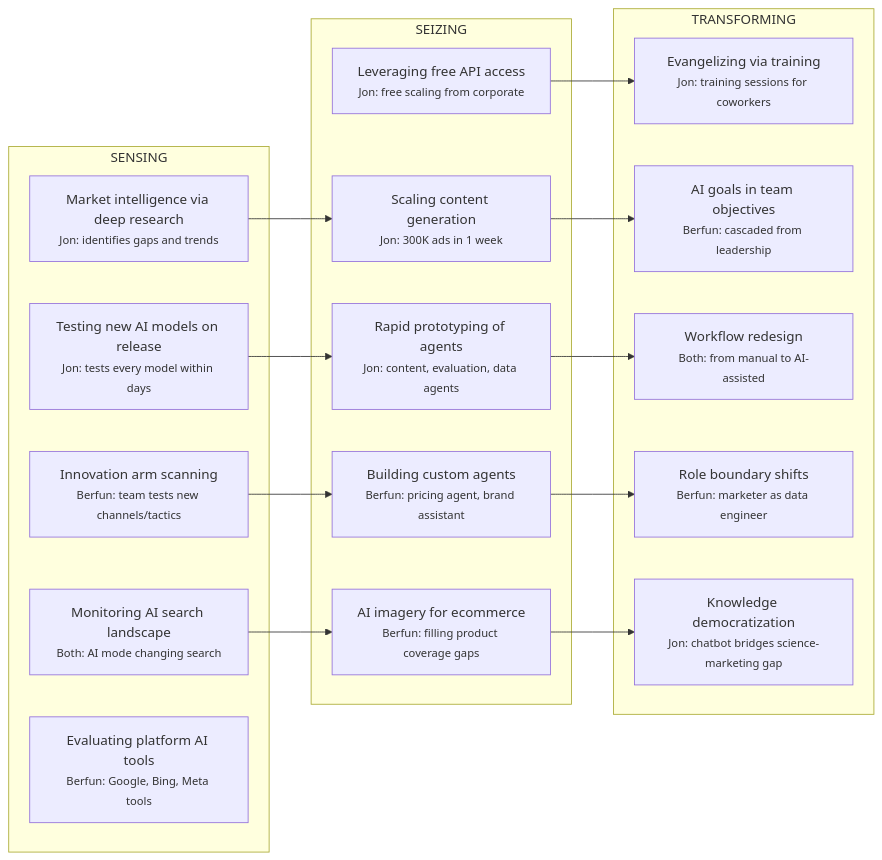
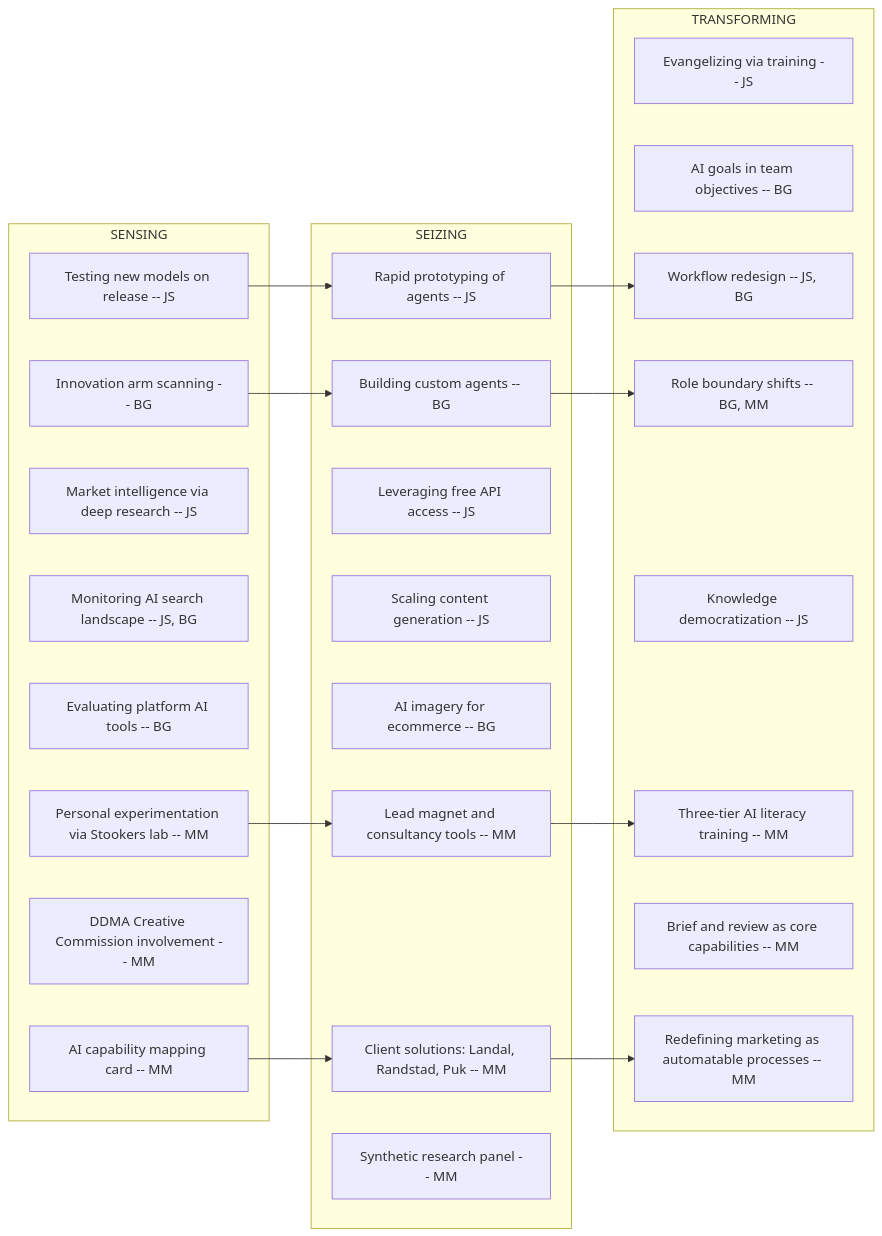
The fourth of 4 diagrams in transcript-codes/Cross-Case Code Alignment.md (Luttik/thesis), drawn with Mermaid before and after one commit. The commit also changed other lines of this file and 3 other files, not shown here.

````diff
--- a/transcript-codes/Cross-Case Code Alignment.md
+++ b/transcript-codes/Cross-Case Code Alignment.md
@@ -226,36 +247,44 @@
 ```mermaid
 graph LR
-    subgraph "SENSING"
-        S1["Testing new AI models on release<br/><small>Jon: tests every model within days</small>"]
-        S2["Innovation arm scanning<br/><small>Berfun: team tests new channels/tactics</small>"]
-        S3["Market intelligence via deep research<br/><small>Jon: identifies gaps and trends</small>"]
-        S4["Monitoring AI search landscape<br/><small>Both: AI mode changing search</small>"]
-        S5["Evaluating platform AI tools<br/><small>Berfun: Google, Bing, Meta tools</small>"]
+    subgraph sensing [SENSING]
+        S1["Testing new models on release -- JS"]
+        S2["Innovation arm scanning -- BG"]
+        S3["Market intelligence via deep research -- JS"]
+        S4["Monitoring AI search landscape -- JS, BG"]
+        S5["Evaluating platform AI tools -- BG"]
+        S6["AI capability mapping card -- MM"]
+        S7["DDMA Creative Commission involvement -- MM"]
+        S8["Personal experimentation via Stookers lab -- MM"]
     end
 
-    subgraph "SEIZING"
-        Z1["Rapid prototyping of agents<br/><small>Jon: content, evaluation, data agents</small>"]
-        Z2["Building custom agents<br/><small>Berfun: pricing agent, brand assistant</small>"]
-        Z3["Leveraging free API access<br/><small>Jon: free scaling from corporate</small>"]
-        Z4["Scaling content generation<br/><small>Jon: 300K ads in 1 week</small>"]
-        Z5["AI imagery for ecommerce<br/><small>Berfun: filling product coverage gaps</small>"]
+    subgraph seizing [SEIZING]
+        Z1["Rapid prototyping of agents -- JS"]
+        Z2["Building custom agents -- BG"]
+        Z3["Leveraging free API access -- JS"]
+        Z4["Scaling content generation -- JS"]
+        Z5["AI imagery for ecommerce -- BG"]
+        Z6["Client solutions: Landal, Randstad, Puk -- MM"]
+        Z7["Lead magnet and consultancy tools -- MM"]
+        Z8["Synthetic research panel -- MM"]
     end
 
-    subgraph "TRANSFORMING"
-        T1["Evangelizing via training<br/><small>Jon: training sessions for coworkers</small>"]
-        T2["AI goals in team objectives<br/><small>Berfun: cascaded from leadership</small>"]
-        T3["Workflow redesign<br/><small>Both: from manual to AI-assisted</small>"]
-        T4["Role boundary shifts<br/><small>Berfun: marketer as data engineer</small>"]
-        T5["Knowledge democratization<br/><small>Jon: chatbot bridges science-marketing gap</small>"]
+    subgraph transforming [TRANSFORMING]
+        T1["Evangelizing via training -- JS"]
+        T2["AI goals in team objectives -- BG"]
+        T3["Workflow redesign -- JS, BG"]
+        T4["Role boundary shifts -- BG, MM"]
+        T5["Knowledge democratization -- JS"]
+        T6["Three-tier AI literacy training -- MM"]
+        T7["Brief and review as core capabilities -- MM"]
+        T8["Redefining marketing as automatable processes -- MM"]
     end
 
     S1 --> Z1
     S2 --> Z2
-    S3 --> Z4
-    S4 --> Z5
+    S6 --> Z6
+    S8 --> Z7
     Z1 --> T3
+    Z6 --> T8
+    Z7 --> T6
     Z2 --> T4
-    Z3 --> T1
-    Z4 --> T2
-    Z5 --> T5
 ```
````
